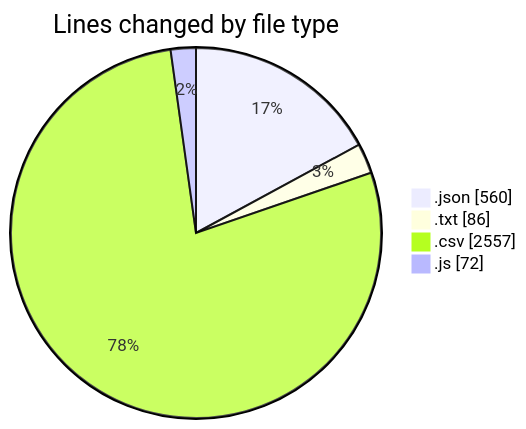
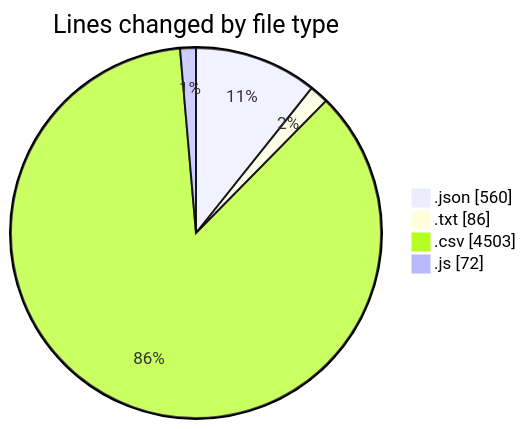
The first of 2 diagrams in 2025-07-27/refunds/README.md (EIIisD/code-tracking), drawn with Mermaid before and after one commit. The commit also changed other lines of this file and 1 other file, not shown here.

````diff
--- a/2025-07-27/refunds/README.md
+++ b/2025-07-27/refunds/README.md
@@ -26,8 +26,8 @@
 ```mermaid
 pie showData
 title Lines changed by file type
 ".json" : 560
 ".txt" : 86
-".csv" : 2557
+".csv" : 4503
 ".js" : 72
 ```
````
